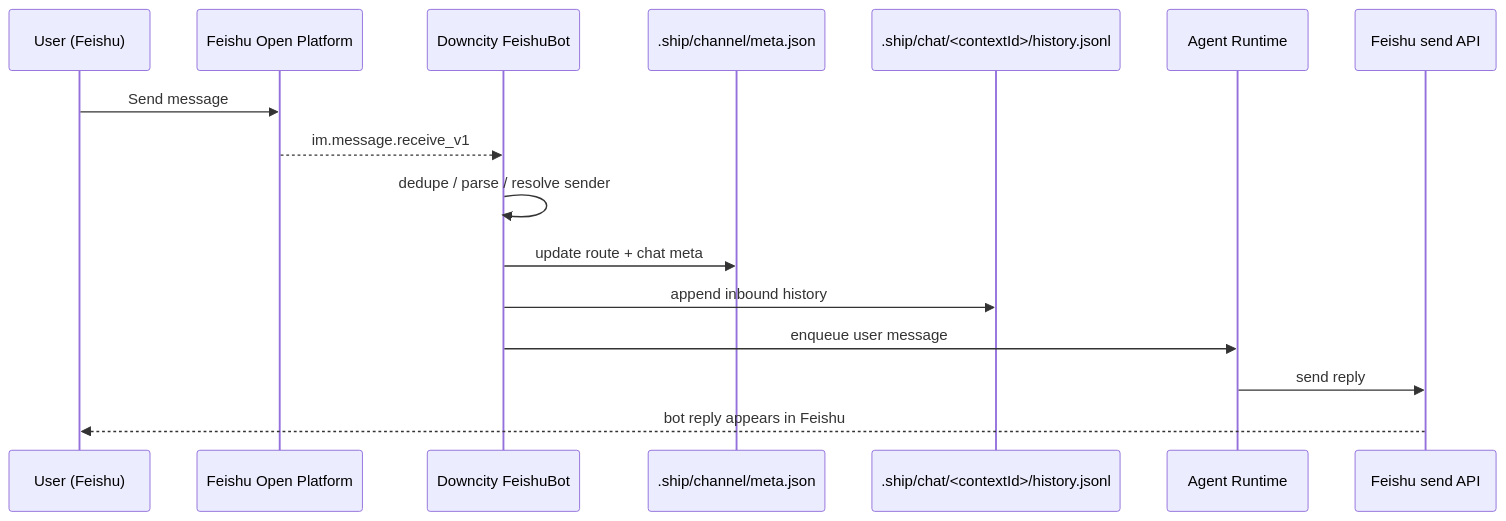
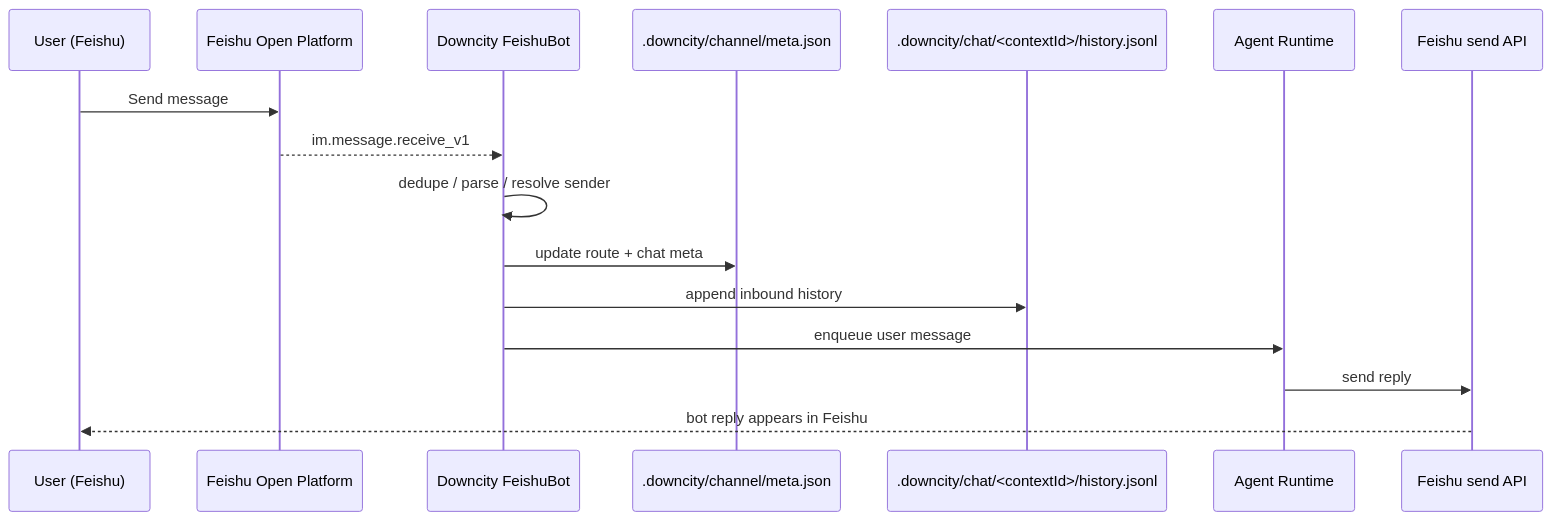
Before and after one commit to wangenius/downcity: the diagram in homepage/content/docs/en/services/chat/feishu-message-flow.mdx, drawn with Mermaid. The commit also changed other lines of this file and 240 other files, not shown here.

````diff
--- a/homepage/content/docs/en/services/chat/feishu-message-flow.mdx
+++ b/homepage/content/docs/en/services/chat/feishu-message-flow.mdx
@@ -14,19 +14,19 @@
 ```mermaid
 sequenceDiagram
   participant U as User (Feishu)
   participant FS as Feishu Open Platform
   participant BOT as Downcity FeishuBot
-  participant META as .ship/channel/meta.json
-  participant HIST as .ship/chat/<contextId>/history.jsonl
+  participant META as .downcity/channel/meta.json
+  participant HIST as .downcity/chat/<contextId>/history.jsonl
   participant RT as Agent Runtime
   participant SEND as Feishu send API
 
   U->>FS: Send message
   FS-->>BOT: im.message.receive_v1
   BOT->>BOT: dedupe / parse / resolve sender
   BOT->>META: update route + chat meta
   BOT->>HIST: append inbound history
   BOT->>RT: enqueue user message
   RT->>SEND: send reply
   SEND-->>U: bot reply appears in Feishu
 ```
````
